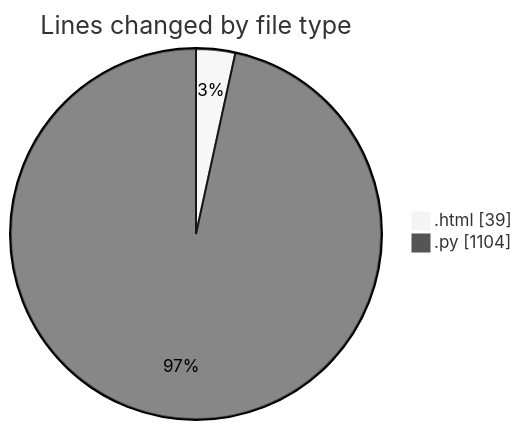
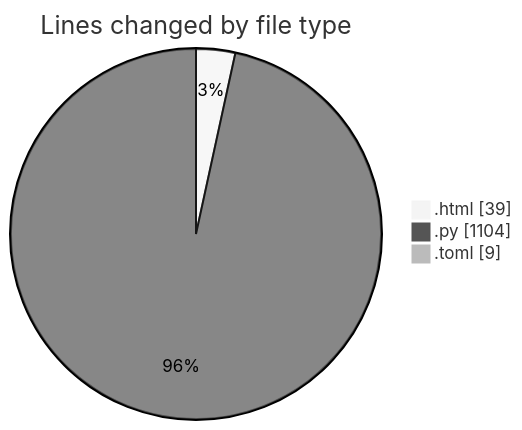
The first of 2 diagrams in 2025-06-22/___base/README.md (Ritupan-Deka/code-tracking), drawn with Mermaid (neutral theme) before and after one commit. The commit also changed other lines of this file and 1 other file, not shown here.

````diff
--- a/2025-06-22/___base/README.md
+++ b/2025-06-22/___base/README.md
@@ -21,6 +22,7 @@
 ```mermaid
 pie showData
 title Lines changed by file type
 ".html" : 39
 ".py" : 1104
+".toml" : 9
 ```
````
